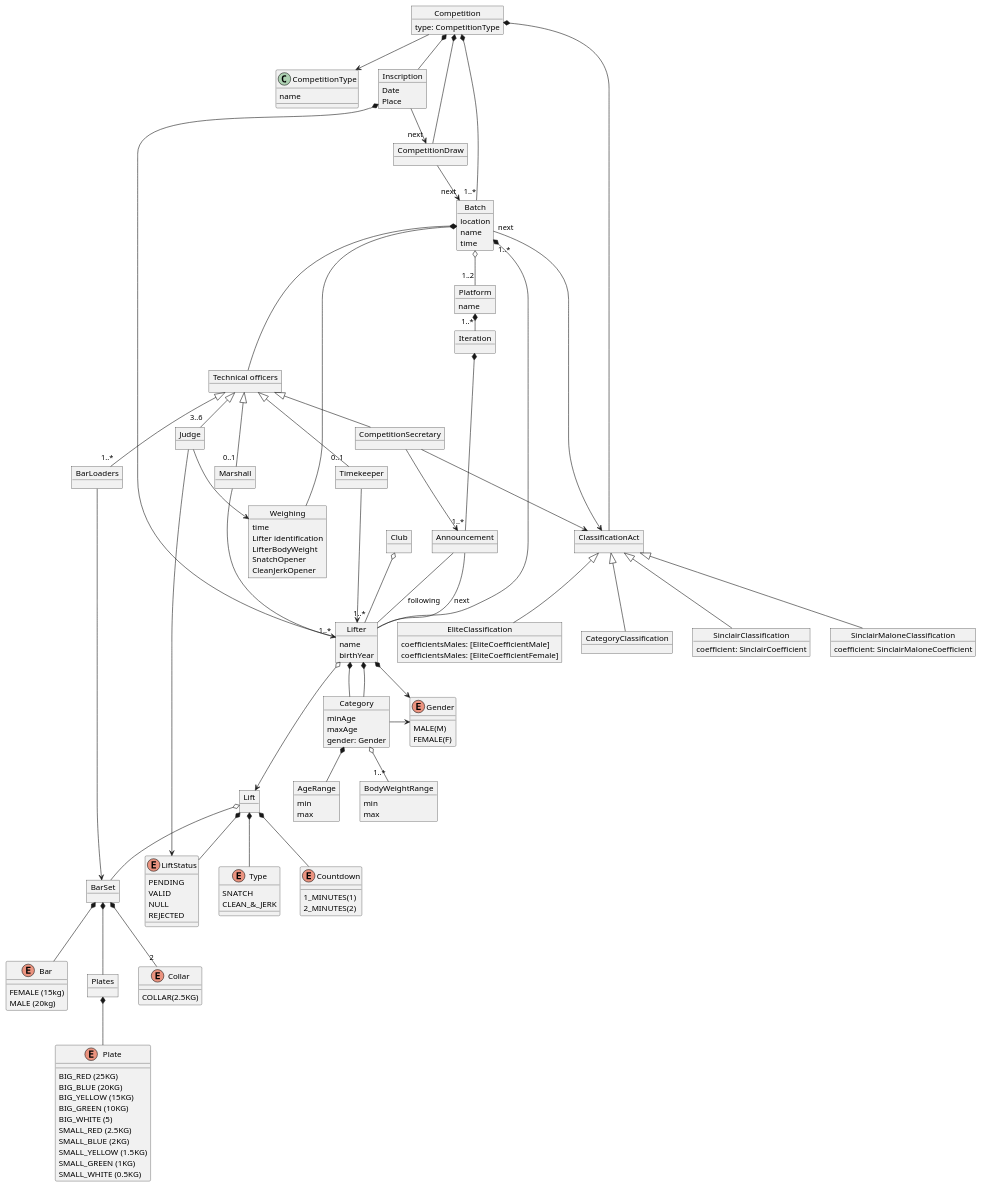
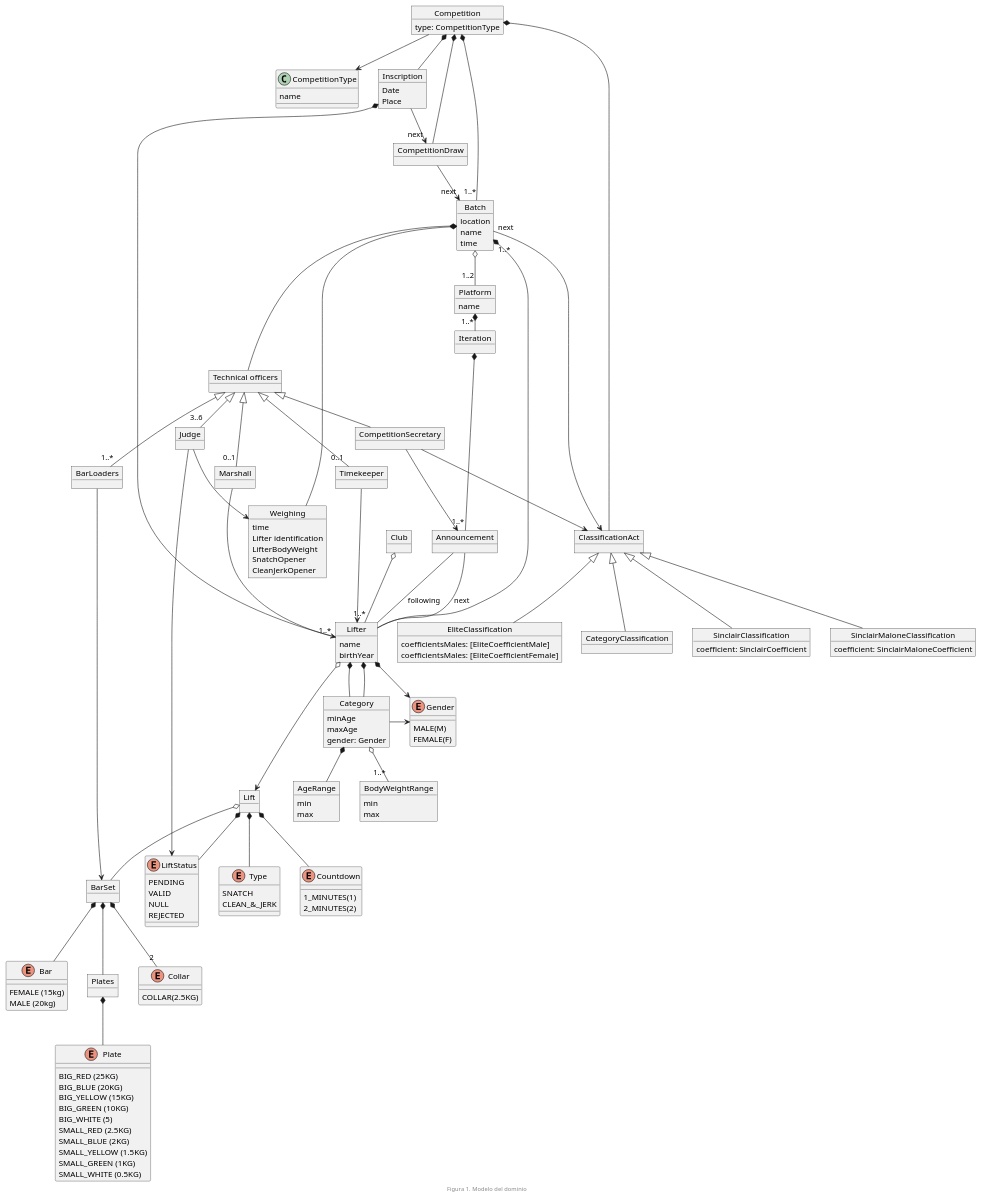
One commit to zuldare/mastercloud_pfm_halterocms changed the diagram in diagrams/modelDomain/competitionDomainModel.puml. Above: the diagram before and after it, drawn with PlantUML. The commit also changed 9 other files, not shown here.

```diff
--- a/diagrams/modelDomain/competitionDomainModel.puml
+++ b/diagrams/modelDomain/competitionDomainModel.puml
@@ -203,4 +203,5 @@
 Judge --> LiftStatus
 Judge --> Weighing
 
+footer Figura 1.  Modelo del dominio
 @enduml
```
